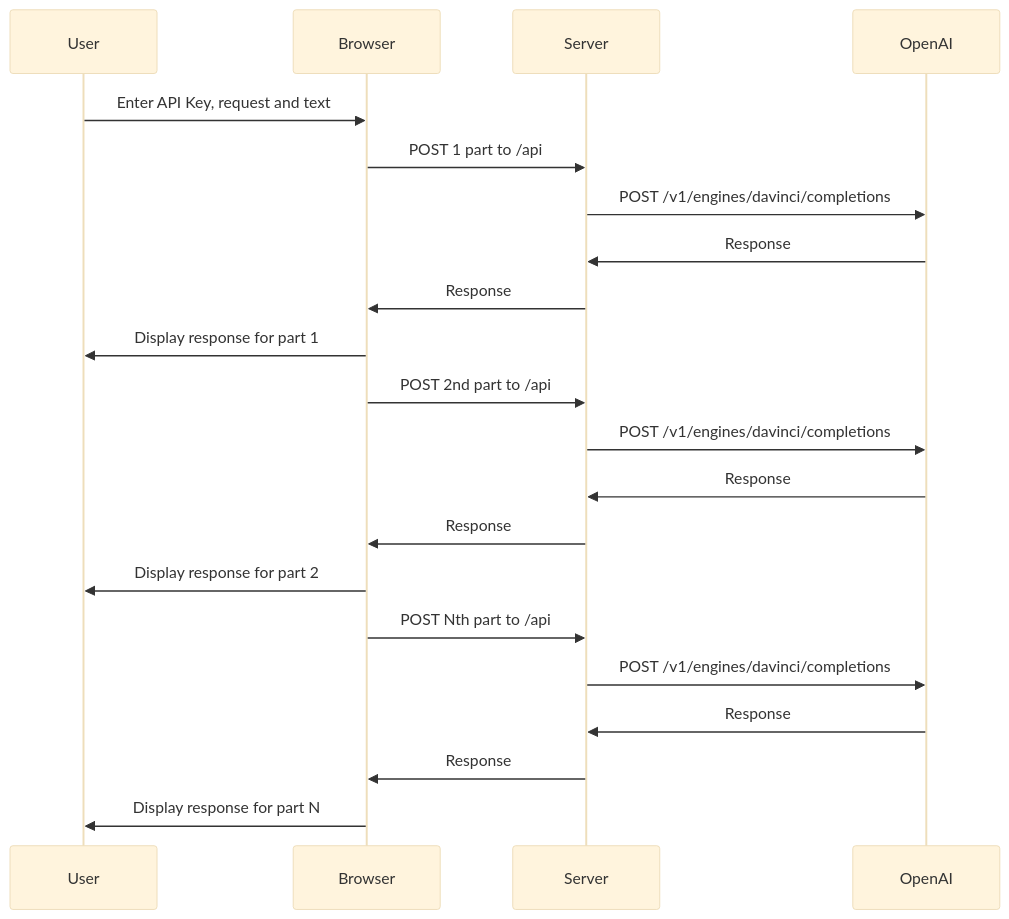
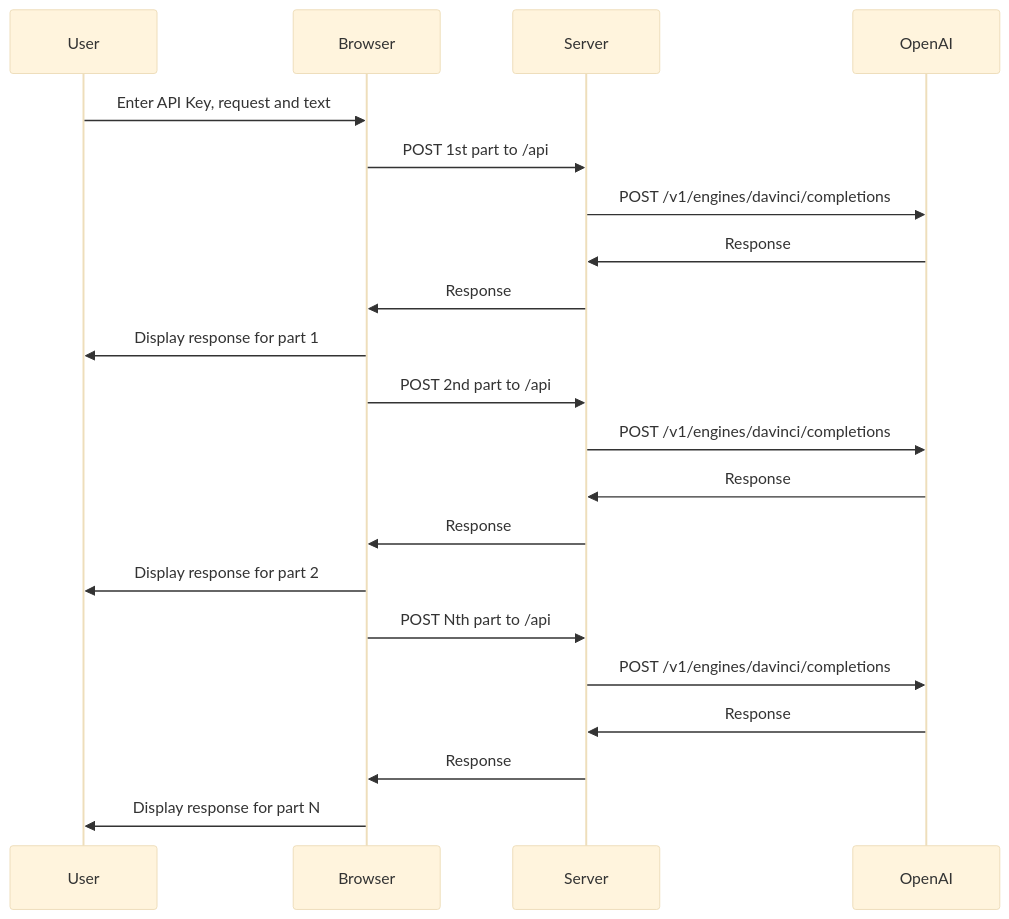
Before and after one commit to Onigam/fat-chatgpt: the diagram in README.md, drawn with Mermaid (base theme). The commit also changed 5 other files, not shown here.

````diff
--- a/README.md
+++ b/README.md
@@ -17,23 +17,23 @@
 ```mermaid
 sequenceDiagram
     participant User
     participant Browser
     participant Server
     participant OpenAI
     User->>Browser: Enter API Key, request and text
-    Browser->>Server: POST 1 part to /api
+    Browser->>Server: POST 1st part to /api
     Server->>OpenAI: POST /v1/engines/davinci/completions
     OpenAI->>Server: Response
     Server->>Browser: Response
     Browser->>User: Display response for part 1
     Browser->>Server: POST 2nd part to /api
     Server->>OpenAI: POST /v1/engines/davinci/completions
     OpenAI->>Server: Response
     Server->>Browser: Response
     Browser->>User: Display response for part 2
     Browser->>Server: POST Nth part to /api
     Server->>OpenAI: POST /v1/engines/davinci/completions
     OpenAI->>Server: Response
     Server->>Browser: Response
     Browser->>User: Display response for part N
 ```
````
